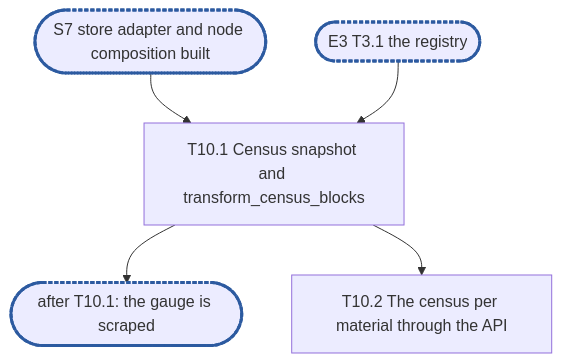
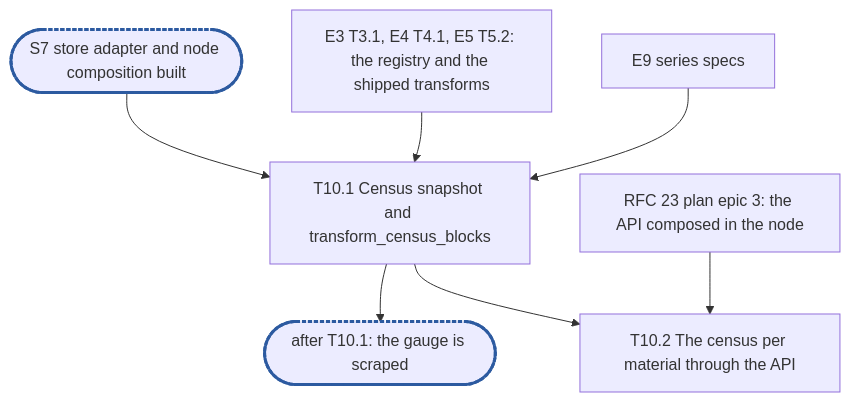
Before and after one commit to cubbit/dittofs: the diagram in .planning/rfc-5-transforms-epic10.md, drawn with Mermaid. The commit also changed other lines of this file, not shown here.

Commit message:
docs(planning): fold the review into RFC 5 epic 10: per-namespace census view, labels, sync

````diff
--- a/.planning/rfc-5-transforms-epic10.md
+++ b/.planning/rfc-5-transforms-epic10.md
@@ -350,8 +357,10 @@
 ```mermaid
 flowchart TD
   S7(["S7 store adapter and node composition built"]):::sync --> T10_1["T10.1 Census snapshot and transform_census_blocks"]
-  E3(["E3 T3.1 the registry"]):::sync --> T10_1
+  Shipped["E3 T3.1, E4 T4.1, E5 T5.2: the registry and the shipped transforms"] --> T10_1
+  Specs["E9 series specs"] --> T10_1
   T10_1 --> C1(["after T10.1: the gauge is scraped"]):::sync
   T10_1 --> T10_2["T10.2 The census per material through the API"]
+  RFC23["RFC 23 plan epic 3: the API composed in the node"] --> T10_2
   classDef sync stroke:#2c5aa0,stroke-width:3px,stroke-dasharray:4 2
 ```
````
